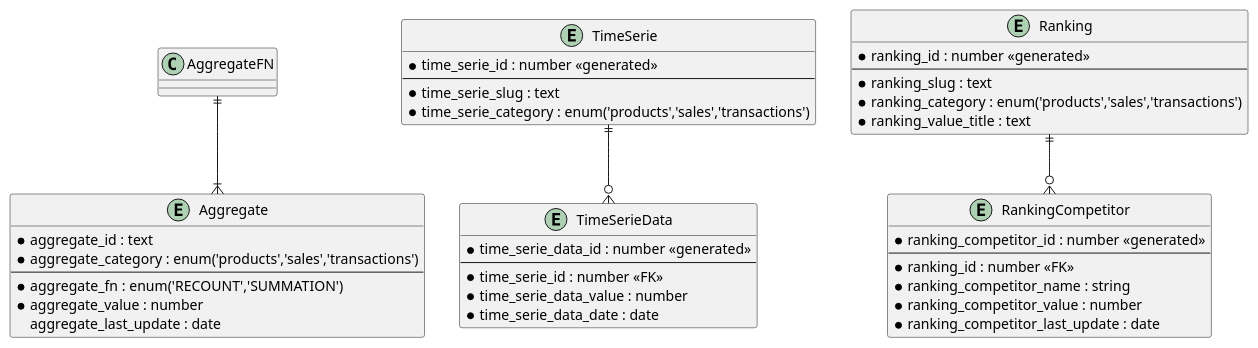
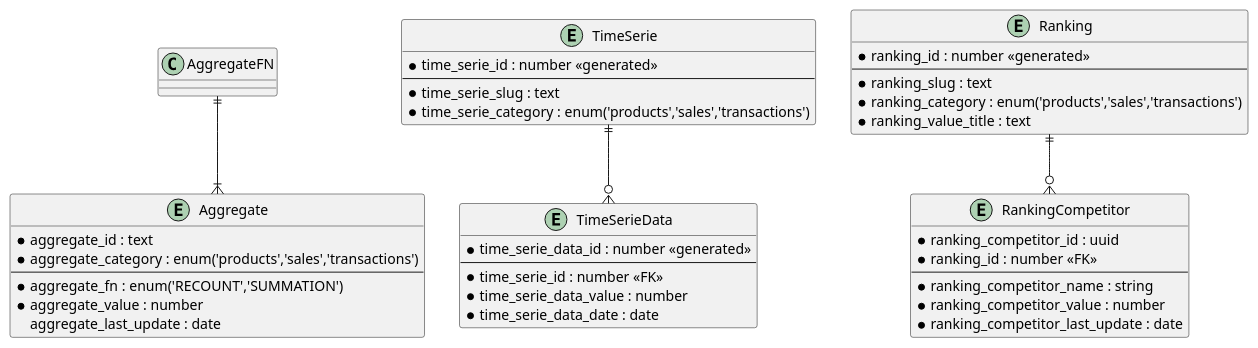
Before and after one commit to joav/simple-sales-business: the diagram in docs/diagrams/database/database-metrics.puml, drawn with PlantUML.

Commit message:
Docs: Update metrics database diagram

```diff
--- a/docs/diagrams/database/database-metrics.puml
+++ b/docs/diagrams/database/database-metrics.puml
@@ -2,52 +2,52 @@
 @startuml Database metrics tables
 
 ' Aggregate
 entity Aggregate {
   * aggregate_id : text
   * aggregate_category : enum('products','sales','transactions')
   --
   * aggregate_fn : enum('RECOUNT','SUMMATION')
   * aggregate_value : number
   aggregate_last_update : date
 }
 
 AggregateFN ||--|{ Aggregate
 
 ' TimeSerie
 entity TimeSerie {
   * time_serie_id : number <<generated>>
   --
   * time_serie_slug : text
   * time_serie_category : enum('products','sales','transactions')
 }
 
 entity TimeSerieData {
   * time_serie_data_id : number <<generated>>
   --
   * time_serie_id : number <<FK>>
   * time_serie_data_value : number
   * time_serie_data_date : date
 }
 
 TimeSerie ||--o{ TimeSerieData
 
 ' Ranking
 entity Ranking {
   * ranking_id : number <<generated>>
   --
   * ranking_slug : text
   * ranking_category : enum('products','sales','transactions')
   * ranking_value_title : text
 }
 
 entity RankingCompetitor {
-  * ranking_competitor_id : number <<generated>>
+  * ranking_competitor_id : uuid
+  * ranking_id : number <<FK>>
   --
-  * ranking_id : number <<FK>>
   * ranking_competitor_name : string
   * ranking_competitor_value : number
   * ranking_competitor_last_update : date
 }
 
 Ranking ||--o{ RankingCompetitor
 @enduml
```
